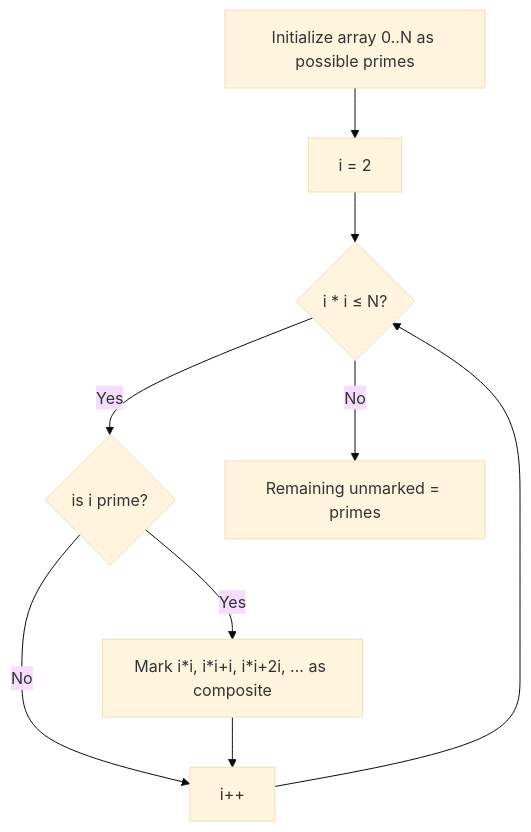
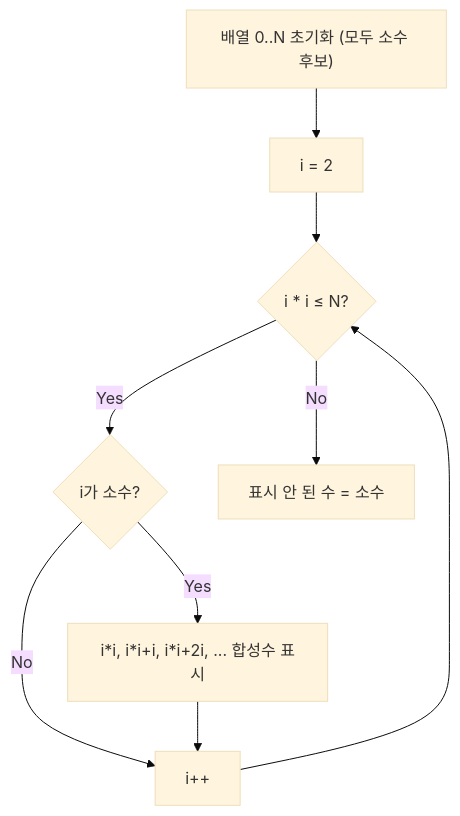
One commit to mandoobox/mandoobox.github.io changed the second of 3 diagrams in _posts/algorithm/2026-03-07-math.md. Above: the diagram before and after it, drawn with Mermaid (base theme). The commit also changed other lines of this file and 24 other files, not shown here.

Commit message:
feat: mermaid kr

````diff
--- a/_posts/algorithm/2026-03-07-math.md
+++ b/_posts/algorithm/2026-03-07-math.md
@@ -158,11 +161,11 @@
 ```mermaid
 flowchart TD
-    A["Initialize array 0..N as possible primes"] --> B["i = 2"]
+    A["배열 0..N 초기화 (모두 소수 후보)"] --> B["i = 2"]
     B --> C{"i * i ≤ N?"}
-    C -->|Yes| D{"is i prime?"}
-    D -->|Yes| E["Mark i*i, i*i+i, i*i+2i, ... as composite"]
+    C -->|Yes| D{"i가 소수?"}
+    D -->|Yes| E["i*i, i*i+i, i*i+2i, ... 합성수 표시"]
     D -->|No| F["i++"]
     E --> F
     F --> C
-    C -->|No| G["Remaining unmarked = primes"]
+    C -->|No| G["표시 안 된 수 = 소수"]
 ```
````
